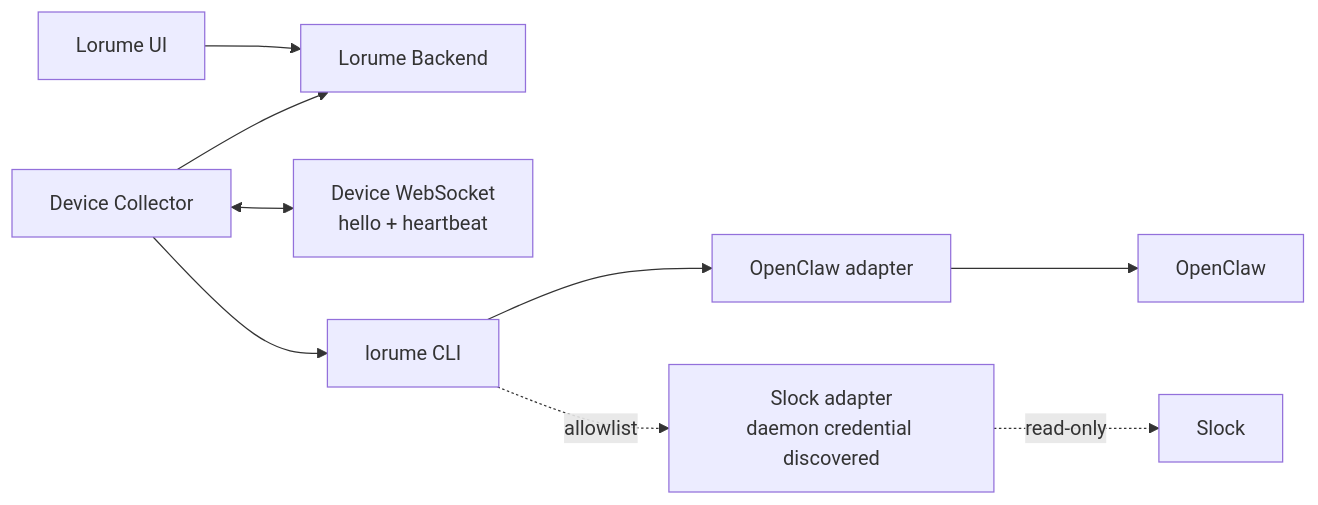
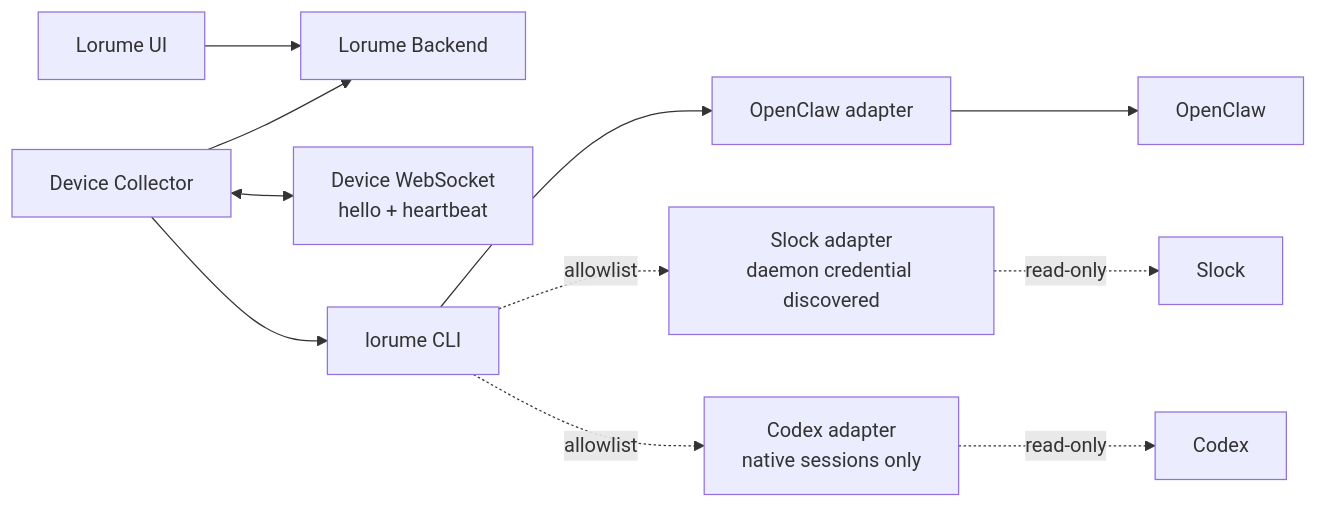
The diagram in docs/product/runtime-device-registration-spec.md (gezilinll/lorume), drawn with Mermaid before and after one commit. The commit also changed other lines of this file and 6 other files, not shown here.

Commit message:
docs(runtime): add codex adapter spec

````diff
--- a/docs/product/runtime-device-registration-spec.md
+++ b/docs/product/runtime-device-registration-spec.md
@@ -27,21 +27,25 @@
 ```mermaid
 flowchart LR
   UI["Lorume UI"]
   Backend["Lorume Backend"]
   Control["Device WebSocket<br/>hello + heartbeat"]
   Collector["Device Collector"]
   CLI["lorume CLI"]
   OpenClawAdapter["OpenClaw adapter"]
   OpenClaw["OpenClaw"]
   SlockAdapter["Slock adapter<br/>daemon credential discovered"]
   Slock["Slock"]
+  CodexAdapter["Codex adapter<br/>native sessions only"]
+  Codex["Codex"]
 
   UI --> Backend
   Collector --> Backend
   Collector <--> Control
   Collector --> CLI
   CLI --> OpenClawAdapter
   OpenClawAdapter --> OpenClaw
   CLI -. allowlist .-> SlockAdapter
   SlockAdapter -. read-only .-> Slock
+  CLI -. allowlist .-> CodexAdapter
+  CodexAdapter -. read-only .-> Codex
 ```
````
